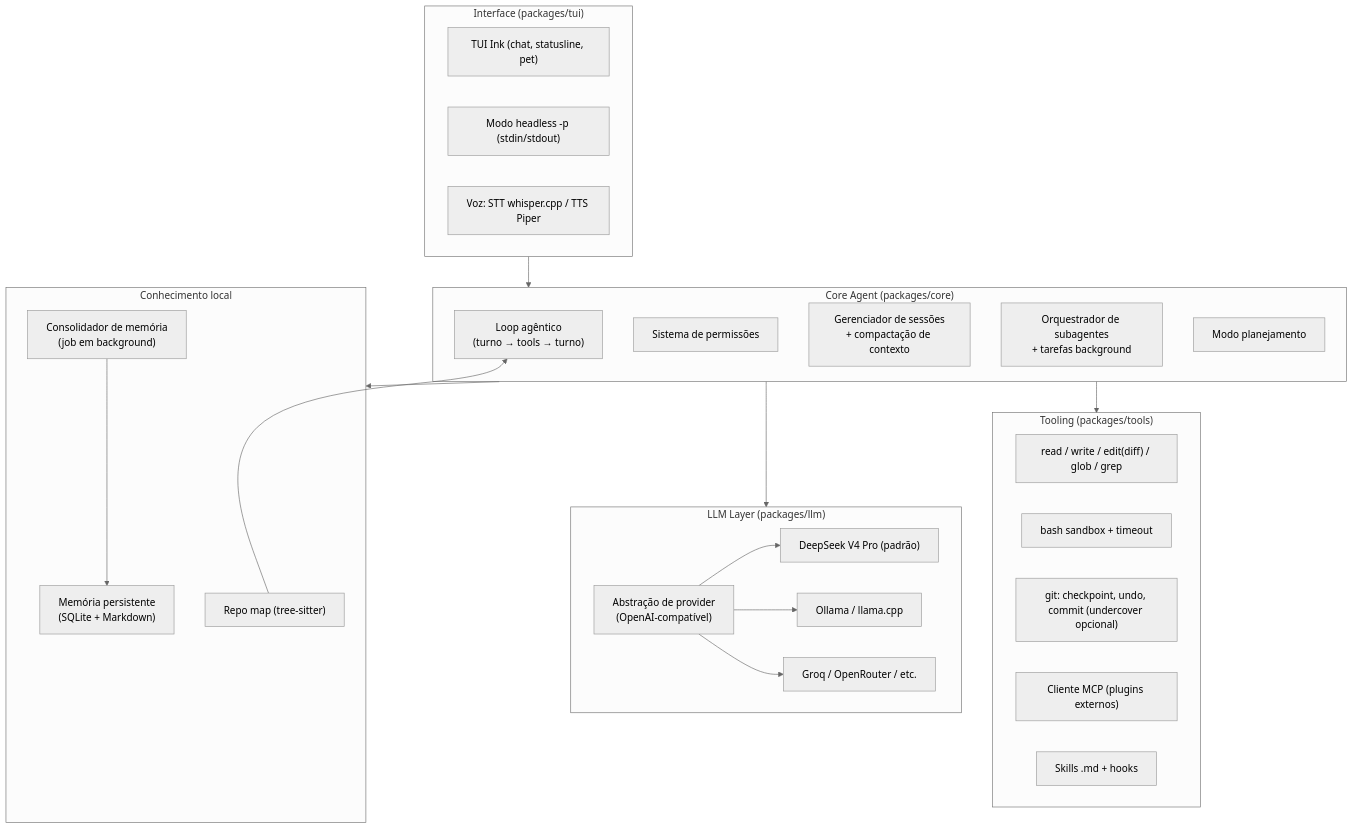
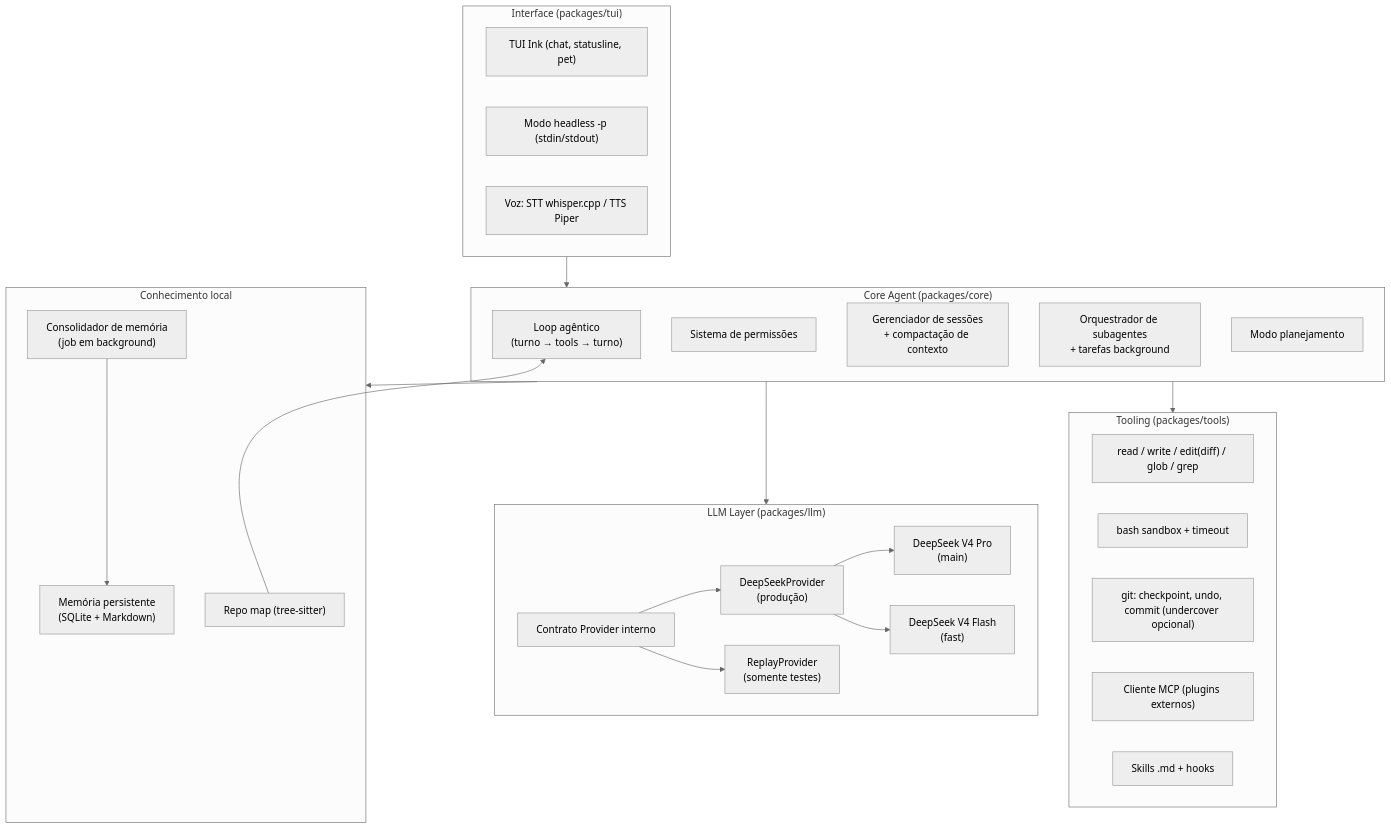
Before and after one commit to alvaro209890/CodingPro: the diagram in planos/02_arquitetura.md, drawn with Mermaid (neutral theme). The commit also changed other lines of this file and 22 other files, not shown here.

Commit message:
docs: fixar DeepSeek como provider exclusivo

````diff
--- a/planos/02_arquitetura.md
+++ b/planos/02_arquitetura.md
@@ -7,45 +7,47 @@
 ```mermaid
 flowchart TB
     subgraph UI["Interface (packages/tui)"]
         TUI["TUI Ink (chat, statusline, pet)"]
         HEADLESS["Modo headless -p (stdin/stdout)"]
         VOICE["Voz: STT whisper.cpp / TTS Piper"]
     end
 
     subgraph CORE["Core Agent (packages/core)"]
         LOOP["Loop agêntico<br/>(turno → tools → turno)"]
         PERM["Sistema de permissões"]
         SESS["Gerenciador de sessões<br/>+ compactação de contexto"]
         ORCH["Orquestrador de subagentes<br/>+ tarefas background"]
         PLAN["Modo planejamento"]
     end
 
     subgraph TOOLS["Tooling (packages/tools)"]
         FSTOOLS["read / write / edit(diff) / glob / grep"]
         BASH["bash sandbox + timeout"]
         GITTOOLS["git: checkpoint, undo, commit (undercover opcional)"]
         MCP["Cliente MCP (plugins externos)"]
         SKILLS["Skills .md + hooks"]
     end
 
     subgraph BRAIN["LLM Layer (packages/llm)"]
-        PROV["Abstração de provider<br/>(OpenAI-compatível)"]
-        DS["DeepSeek V4 Pro (padrão)"]
-        LOCAL["Ollama / llama.cpp"]
-        OUTROS["Groq / OpenRouter / etc."]
+        CONTRACT["Contrato Provider interno"]
+        DS["DeepSeekProvider<br/>(produção)"]
+        PRO["DeepSeek V4 Pro<br/>(main)"]
+        FLASH["DeepSeek V4 Flash<br/>(fast)"]
+        REPLAY["ReplayProvider<br/>(somente testes)"]
     end
 
     subgraph KNOW["Conhecimento local"]
         REPOMAP["Repo map (tree-sitter)"]
         MEM["Memória persistente<br/>(SQLite + Markdown)"]
         DREAM["Consolidador de memória<br/>(job em background)"]
     end
 
     UI --> CORE
     CORE --> TOOLS
     CORE --> BRAIN
     CORE --> KNOW
-    PROV --> DS & LOCAL & OUTROS
+    CONTRACT --> DS & REPLAY
+    DS --> PRO & FLASH
     DREAM --> MEM
     REPOMAP --> LOOP
 ```
````
